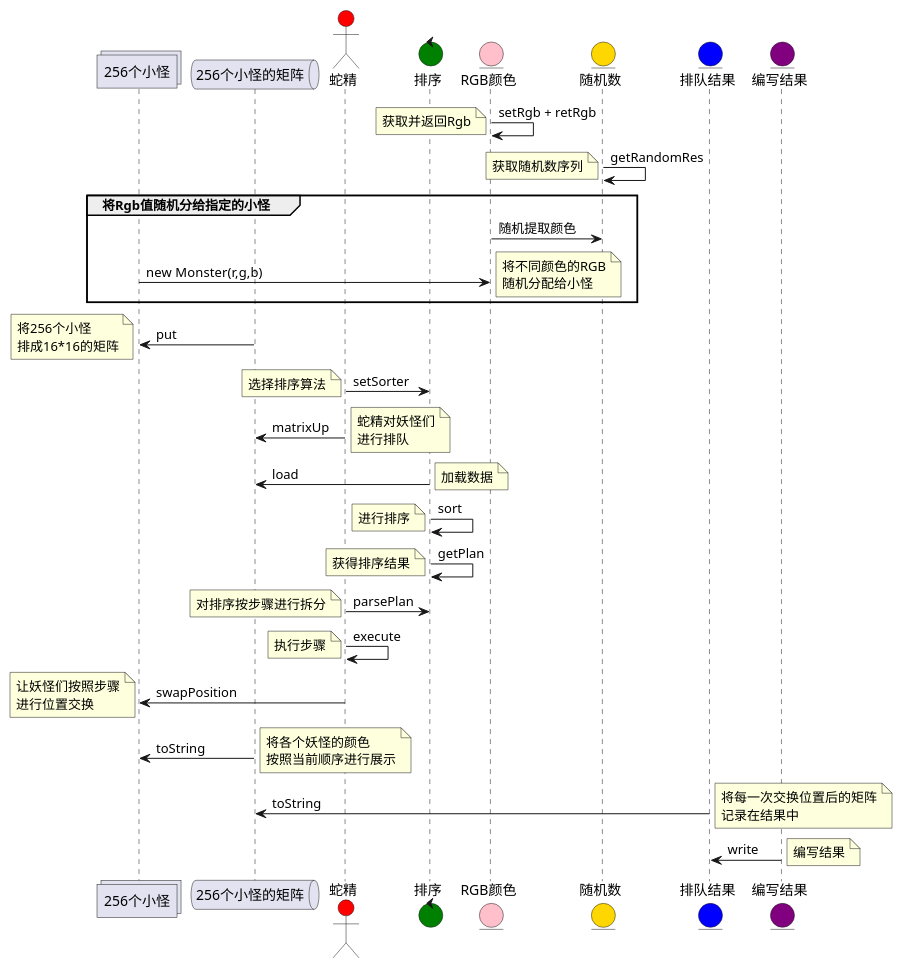
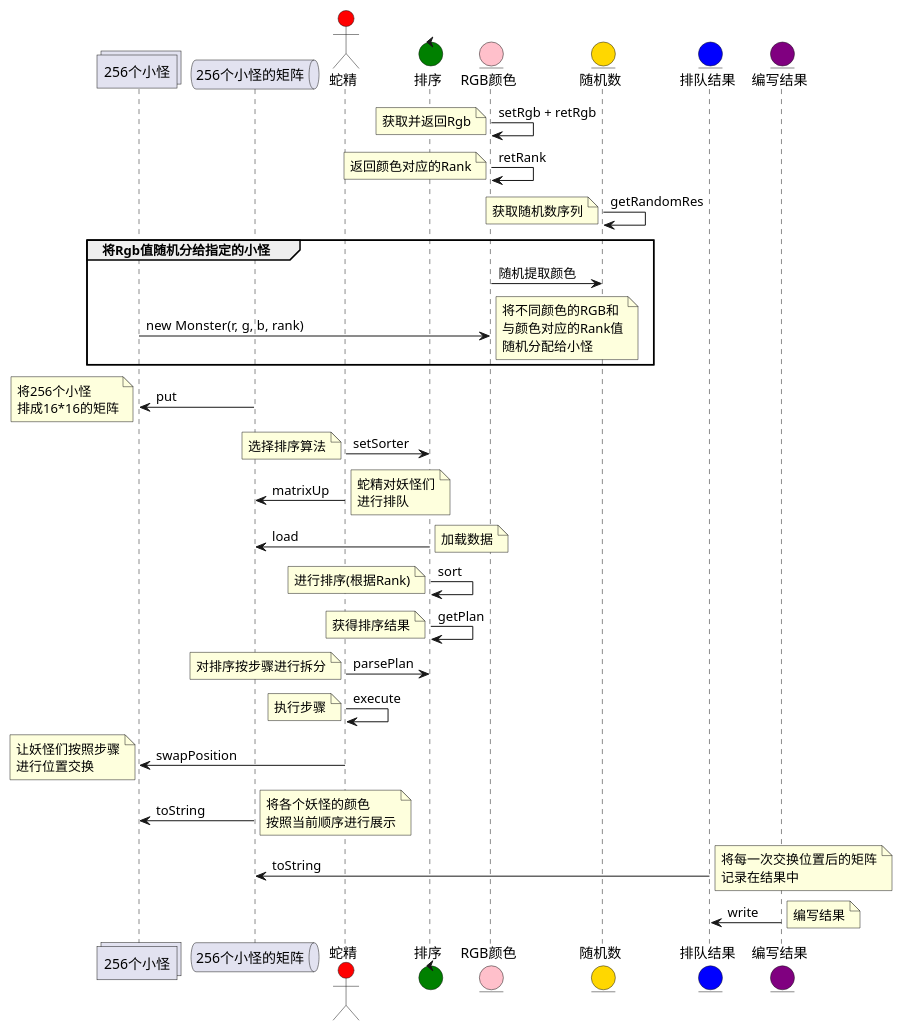
The diagram in S191220142/task3/uml/timeline.pu (jwork-2021-attic/jw02-ye191220142), drawn with PlantUML before and after one commit. The commit also changed 1 other file, not shown here.

```diff
--- a/S191220142/task3/uml/timeline.pu
+++ b/S191220142/task3/uml/timeline.pu
@@ -1,80 +1,84 @@
 @startuml
 
 collections 256个小怪 as monster
 queue   256个小怪的矩阵  as  matrix
 actor   蛇精    as  theBoss   #Red
 control 排序    as  sorter  #Green
 entity  RGB颜色 as  rgb #Pink
 entity  随机数  as  random  #Gold
 entity  排队结果    as  log #Blue
 entity  编写结果    as  writer  #Purple
 
 rgb -> rgb: setRgb + retRgb
 note left: 获取并返回Rgb
 
+rgb -> rgb: retRank
+note left: 返回颜色对应的Rank
+
 random -> random: getRandomRes
 note left: 获取随机数序列
 
 group 将Rgb值随机分给指定的小怪
     rgb -> random: 随机提取颜色
-    monster -> rgb: new Monster(r,g,b)
+    monster -> rgb: new Monster(r, g, b, rank)
     note right
-    将不同颜色的RGB
+    将不同颜色的RGB和
+    与颜色对应的Rank值
     随机分配给小怪
     endnote
 end
 
 matrix -> monster : put
 note left
 将256个小怪
 排成16*16的矩阵
 endnote
 
 theBoss -> sorter : setSorter
 note left
 选择排序算法
 endnote
 
 theBoss -> matrix: matrixUp
 note right
 蛇精对妖怪们
 进行排队
 endnote
 
 sorter -> matrix: load
 note right: 加载数据
 
 sorter -> sorter: sort
-note left: 进行排序
+note left: 进行排序(根据Rank)
 
 sorter -> sorter: getPlan
 note left: 获得排序结果
 
 theBoss -> sorter: parsePlan
 note left: 对排序按步骤进行拆分
 
 theBoss -> theBoss: execute
 note left: 执行步骤
 
 theBoss -> monster: swapPosition
 note left 
 让妖怪们按照步骤
 进行位置交换
 endnote
 
 matrix -> monster: toString
 note right
 将各个妖怪的颜色
 按照当前顺序进行展示
 endnote
 
 log -> matrix: toString
 note right 
 将每一次交换位置后的矩阵
 记录在结果中
 endnote
 
 writer -> log: write
 note right: 编写结果
 
 @enduml
```
